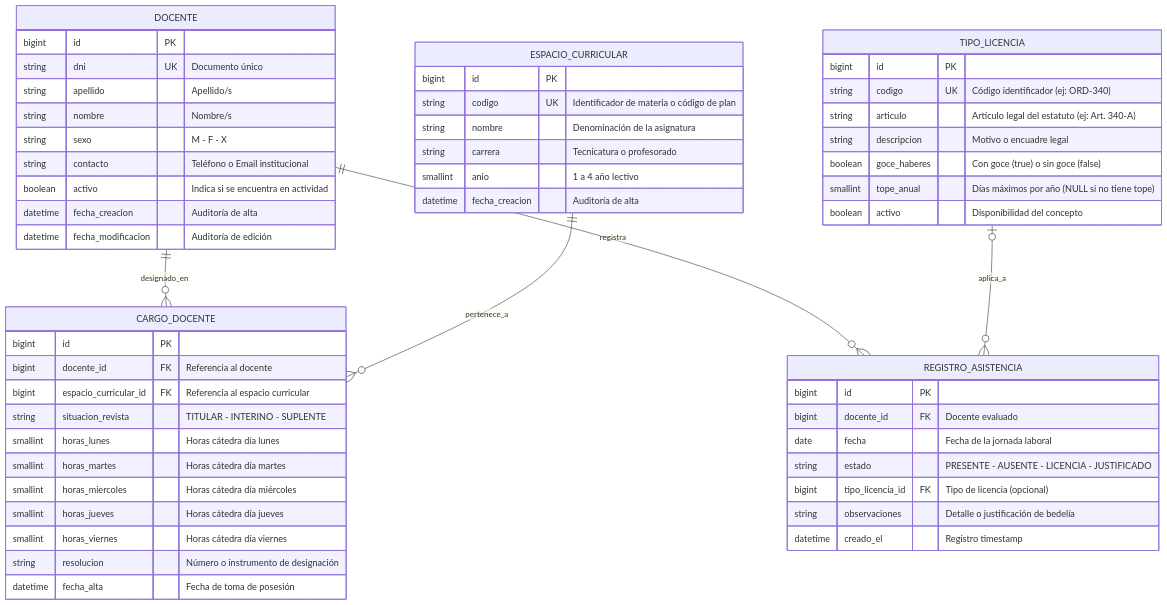
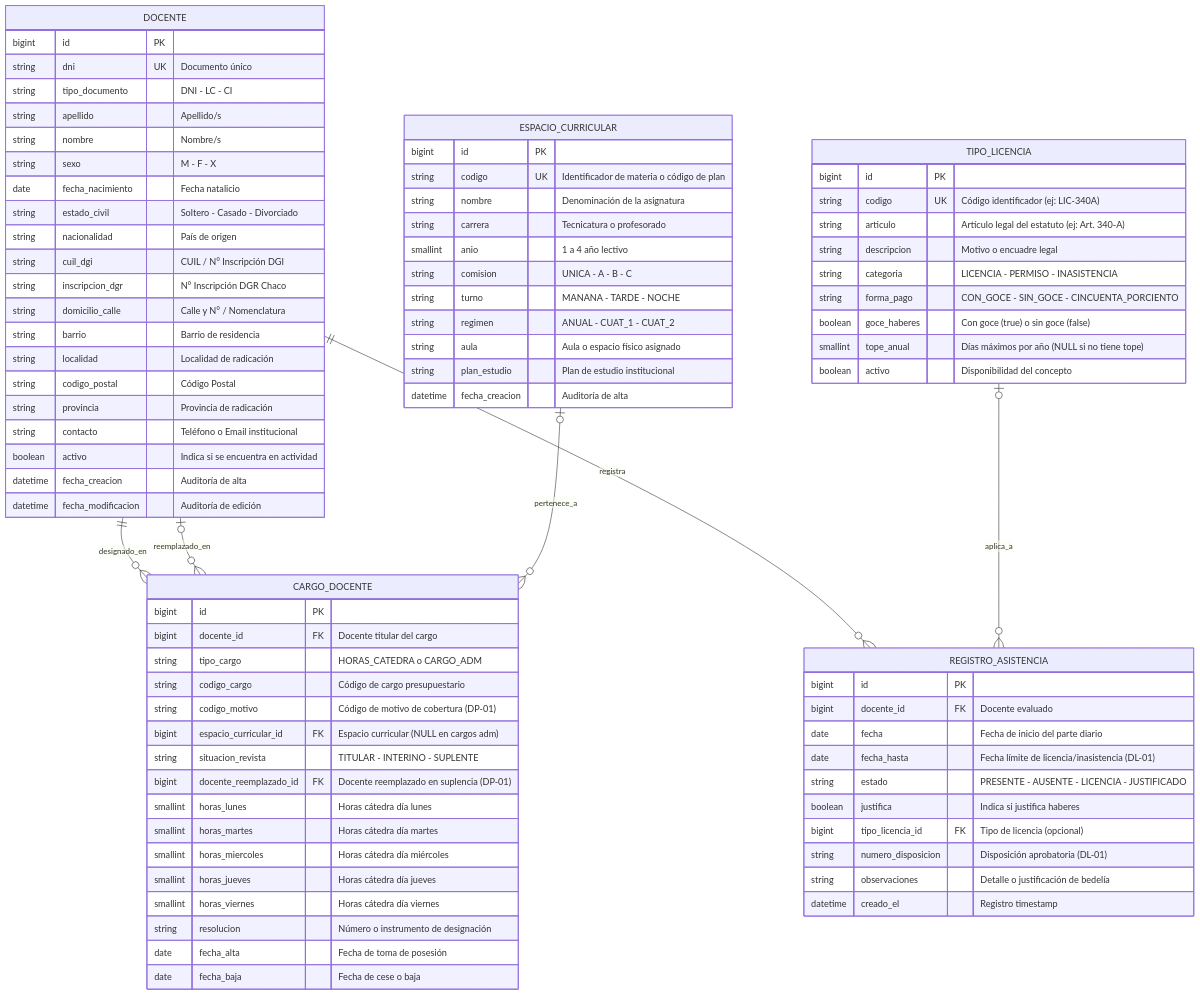
The diagram in docs/DER.md (NeumannMaxii/zunin), drawn with Mermaid before and after one commit. The commit also changed other lines of this file and 4 other files, not shown here.

````diff
--- a/docs/DER.md
+++ b/docs/DER.md
@@ -16,16 +17,28 @@
 ```mermaid
 erDiagram
     DOCENTE ||--o{ CARGO_DOCENTE : "designado_en"
-    ESPACIO_CURRICULAR ||--o{ CARGO_DOCENTE : "pertenece_a"
+    DOCENTE |o--o{ CARGO_DOCENTE : "reemplazado_en"
+    ESPACIO_CURRICULAR |o--o{ CARGO_DOCENTE : "pertenece_a"
     DOCENTE ||--o{ REGISTRO_ASISTENCIA : "registra"
     TIPO_LICENCIA |o--o{ REGISTRO_ASISTENCIA : "aplica_a"
 
     DOCENTE {
         bigint id PK
         string dni UK "Documento único"
+        string tipo_documento "DNI - LC - CI"
         string apellido "Apellido/s"
         string nombre "Nombre/s"
         string sexo "M - F - X"
+        date fecha_nacimiento "Fecha natalicio"
+        string estado_civil "Soltero - Casado - Divorciado"
+        string nacionalidad "País de origen"
+        string cuil_dgi "CUIL / N° Inscripción DGI"
+        string inscripcion_dgr "N° Inscripción DGR Chaco"
+        string domicilio_calle "Calle y N° / Nomenclatura"
+        string barrio "Barrio de residencia"
+        string localidad "Localidad de radicación"
+        string codigo_postal "Código Postal"
+        string provincia "Provincia de radicación"
         string contacto "Teléfono o Email institucional"
         boolean activo "Indica si se encuentra en actividad"
         datetime fecha_creacion "Auditoría de alta"
@@ -38,28 +51,40 @@
         string nombre "Denominación de la asignatura"
         string carrera "Tecnicatura o profesorado"
         smallint anio "1 a 4 año lectivo"
+        string comision "UNICA - A - B - C"
+        string turno "MANANA - TARDE - NOCHE"
+        string regimen "ANUAL - CUAT_1 - CUAT_2"
+        string aula "Aula o espacio físico asignado"
+        string plan_estudio "Plan de estudio institucional"
         datetime fecha_creacion "Auditoría de alta"
     }
 
     CARGO_DOCENTE {
         bigint id PK
-        bigint docente_id FK "Referencia al docente"
-        bigint espacio_curricular_id FK "Referencia al espacio curricular"
+        bigint docente_id FK "Docente titular del cargo"
+        string tipo_cargo "HORAS_CATEDRA o CARGO_ADM"
+        string codigo_cargo "Código de cargo presupuestario"
+        string codigo_motivo "Código de motivo de cobertura (DP-01)"
+        bigint espacio_curricular_id FK "Espacio curricular (NULL en cargos adm)"
         string situacion_revista "TITULAR - INTERINO - SUPLENTE"
+        bigint docente_reemplazado_id FK "Docente reemplazado en suplencia (DP-01)"
         smallint horas_lunes "Horas cátedra día lunes"
         smallint horas_martes "Horas cátedra día martes"
         smallint horas_miercoles "Horas cátedra día miércoles"
         smallint horas_jueves "Horas cátedra día jueves"
         smallint horas_viernes "Horas cátedra día viernes"
         string resolucion "Número o instrumento de designación"
-        datetime fecha_alta "Fecha de toma de posesión"
+        date fecha_alta "Fecha de toma de posesión"
+        date fecha_baja "Fecha de cese o baja"
     }
 
     TIPO_LICENCIA {
         bigint id PK
-        string codigo UK "Código identificador (ej: ORD-340)"
+        string codigo UK "Código identificador (ej: LIC-340A)"
         string articulo "Artículo legal del estatuto (ej: Art. 340-A)"
         string descripcion "Motivo o encuadre legal"
+        string categoria "LICENCIA - PERMISO - INASISTENCIA"
+        string forma_pago "CON_GOCE - SIN_GOCE - CINCUENTA_PORCIENTO"
         boolean goce_haberes "Con goce (true) o sin goce (false)"
         smallint tope_anual "Días máximos por año (NULL si no tiene tope)"
         boolean activo "Disponibilidad del concepto"
@@ -68,9 +93,12 @@
     REGISTRO_ASISTENCIA {
         bigint id PK
         bigint docente_id FK "Docente evaluado"
-        date fecha "Fecha de la jornada laboral"
+        date fecha "Fecha de inicio del parte diario"
+        date fecha_hasta "Fecha límite de licencia/inasistencia (DL-01)"
         string estado "PRESENTE - AUSENTE - LICENCIA - JUSTIFICADO"
+        boolean justifica "Indica si justifica haberes"
         bigint tipo_licencia_id FK "Tipo de licencia (opcional)"
+        string numero_disposicion "Disposición aprobatoria (DL-01)"
         string observaciones "Detalle o justificación de bedelía"
         datetime creado_el "Registro timestamp"
     }
````
